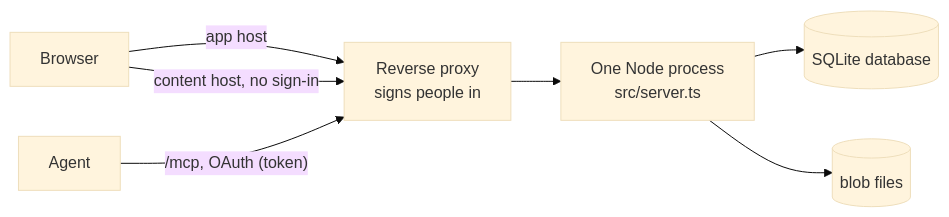
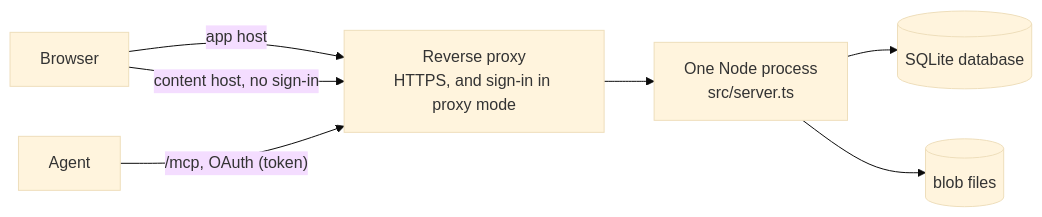
One commit to tim-brand/agent-artifacts changed the diagram in docs/architecture.md. Above: the diagram before and after it, drawn with Mermaid (base theme). The commit also changed other lines of this file and 52 other files, not shown here.

````diff
--- a/docs/architecture.md
+++ b/docs/architecture.md
@@ -7,9 +7,9 @@
 ```mermaid
 flowchart LR
-  B[Browser] -->|app host| P[Reverse proxy<br/>signs people in]
+  B[Browser] -->|app host| P[Reverse proxy<br/>HTTPS, and sign-in in proxy mode]
   A[Agent] -->|"/mcp, OAuth (token)"| P
   B -->|content host, no sign-in| P
   P --> S[One Node process<br/>src/server.ts]
   S --> D[(SQLite database)]
   S --> F[(blob files)]
 ```
````
